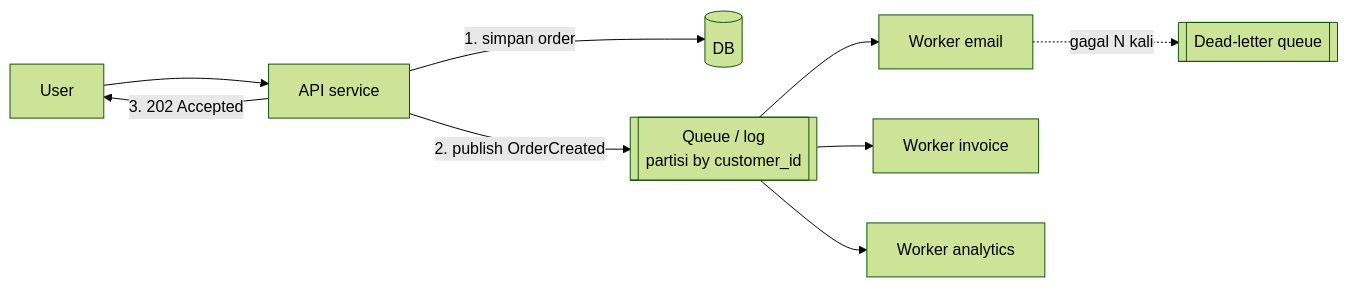
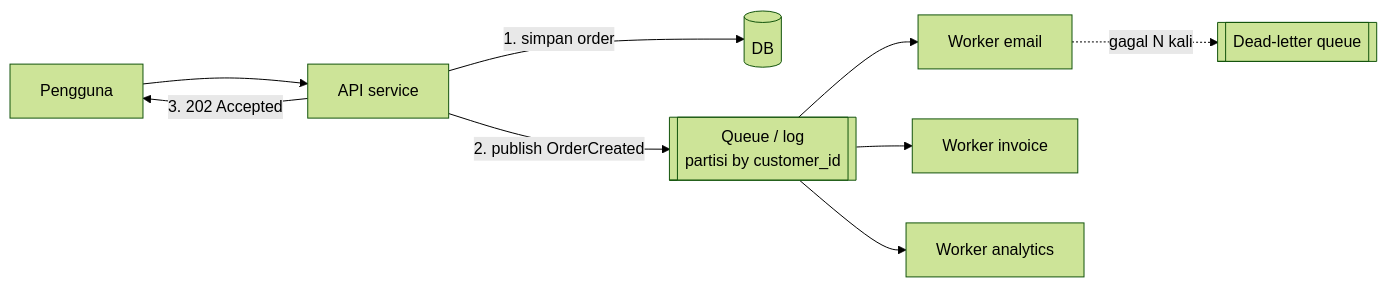
Before and after one commit to andreanpradanaa/sysdesign-lab: the diagram in src/content/lessons/bagian-2/message-queue.mdx, drawn with Mermaid (forest theme). The commit also changed other lines of this file and 18 other files, not shown here.

````diff
--- a/src/content/lessons/bagian-2/message-queue.mdx
+++ b/src/content/lessons/bagian-2/message-queue.mdx
@@ -95,11 +95,11 @@
 ```mermaid
 flowchart LR
-  U[User] --> API[API service]
+  U[Pengguna] --> API[API service]
   API -->|1. simpan order| DB[(DB)]
   API -->|2. publish OrderCreated| Q[[Queue / log\npartisi by customer_id]]
   API -->|3. 202 Accepted| U
   Q --> W1[Worker email]
   Q --> W2[Worker invoice]
   Q --> W3[Worker analytics]
   W1 -. gagal N kali .-> DLQ[[Dead-letter queue]]
 ```
````
